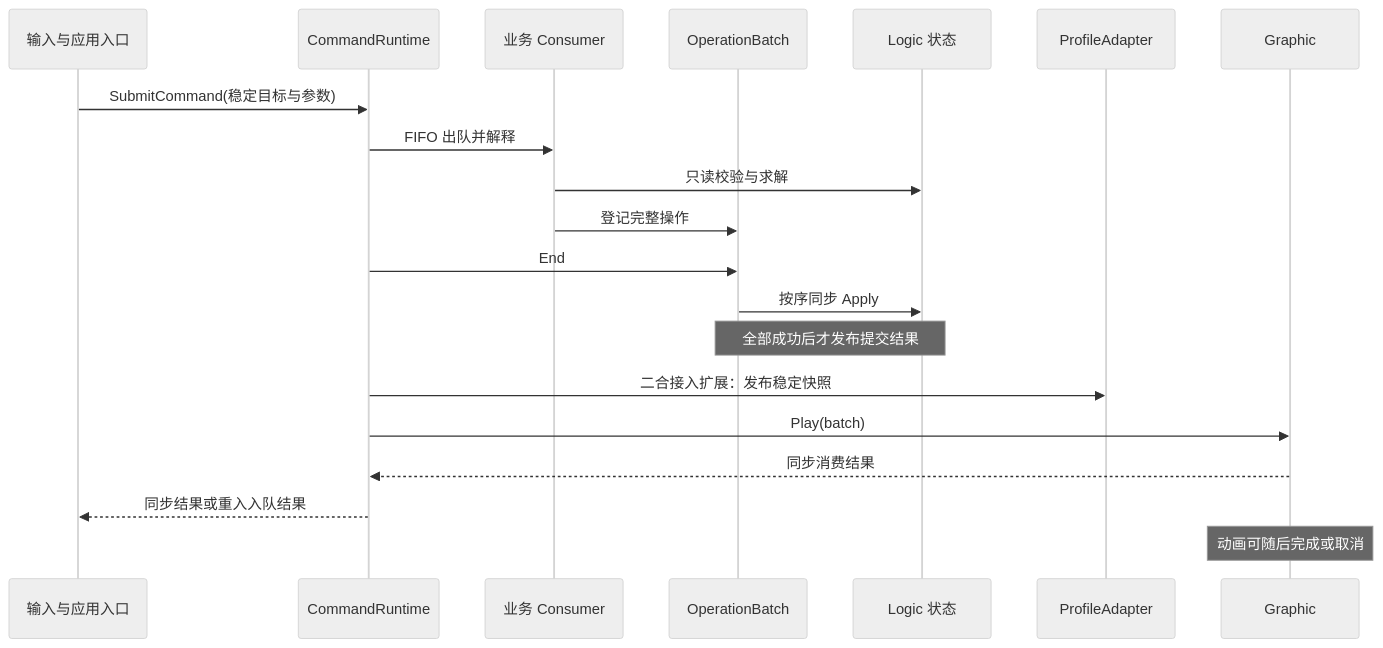
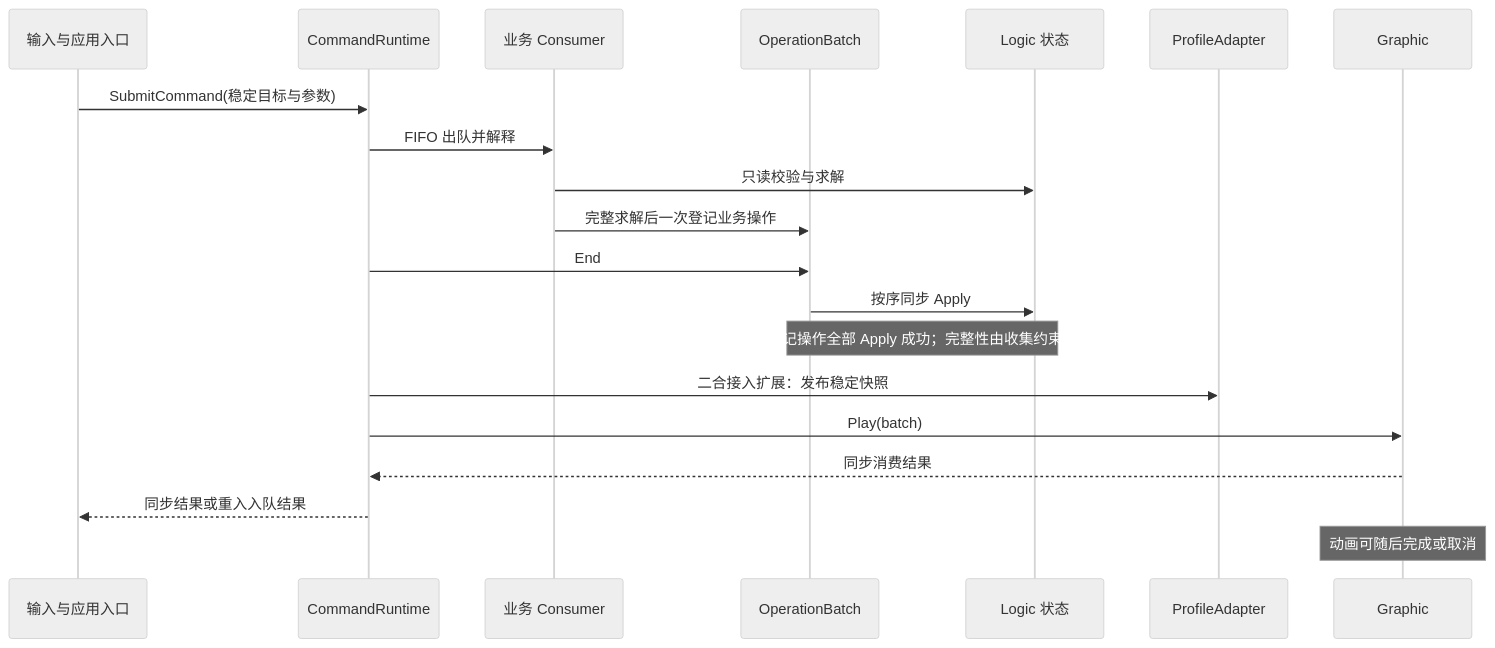
Before and after one commit to LIQIANGEASTSUN/MergeTwo: the diagram in _Plan/02_架构与参考取舍.md, drawn with Mermaid (neutral theme). The commit also changed other lines of this file and 4291 other files, not shown here.

````diff
--- a/_Plan/02_架构与参考取舍.md
+++ b/_Plan/02_架构与参考取舍.md
@@ -33,22 +35,22 @@
 ```mermaid
 sequenceDiagram
     participant UI as 输入与应用入口
     participant RT as CommandRuntime
     participant C as 业务 Consumer
     participant B as OperationBatch
     participant S as Logic 状态
     participant P as ProfileAdapter
     participant G as Graphic
     UI->>RT: SubmitCommand(稳定目标与参数)
     RT->>C: FIFO 出队并解释
     C->>S: 只读校验与求解
-    C->>B: 登记完整操作
+    C->>B: 完整求解后一次登记业务操作
     RT->>B: End
     B->>S: 按序同步 Apply
-    Note over B,S: 全部成功后才发布提交结果
+    Note over B,S: 已登记操作全部 Apply 成功；完整性由收集约束保证
     RT->>P: 二合接入扩展：发布稳定快照
     RT->>G: Play(batch)
     G-->>RT: 同步消费结果
     RT-->>UI: 同步结果或重入入队结果
     Note over G: 动画可随后完成或取消
 ```
````
